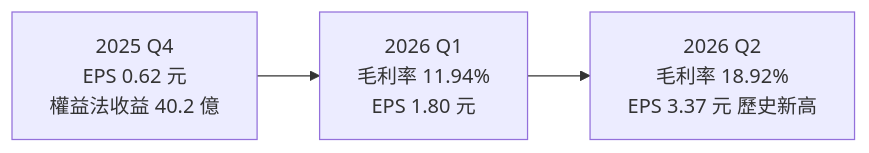
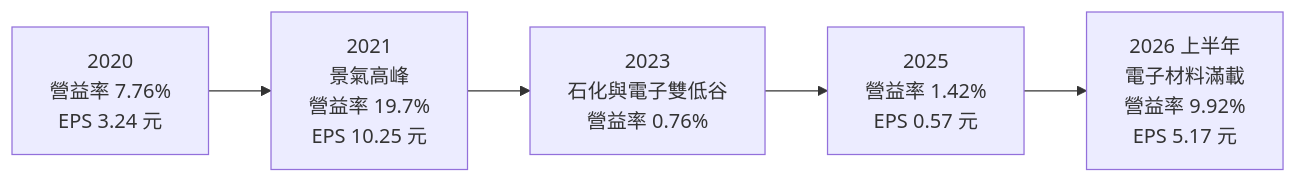
Before and after one commit to wangnick1004/taiwan-stock-vault: the third of 4 diagrams in 個股/台股/1303南亞.md, drawn with Mermaid. The commit also changed other lines of this file and 27 other files, not shown here.

````diff
--- a/個股/台股/1303南亞.md
+++ b/個股/台股/1303南亞.md
@@ -140,4 +138,4 @@
 ```mermaid
 flowchart LR
-    Q4["2025 Q4<br/>EPS 0.62 元<br/>權益法收益 40.2 億"] --> Q1["2026 Q1<br/>毛利率 11.94%<br/>EPS 1.80 元"] --> Q2["2026 Q2<br/>毛利率 18.92%<br/>EPS 3.37 元 歷史新高"]
+    Y20["2020<br/>營益率 7.76%<br/>EPS 3.24 元"] --> Y21["2021<br/>景氣高峰<br/>營益率 19.7%<br/>EPS 10.25 元"] --> Y23["2023<br/>石化與電子雙低谷<br/>營益率 0.76%"] --> Y25["2025<br/>營益率 1.42%<br/>EPS 0.57 元"] --> H26["2026 上半年<br/>電子材料滿載<br/>營益率 9.92%<br/>EPS 5.17 元"]
 ```
````
